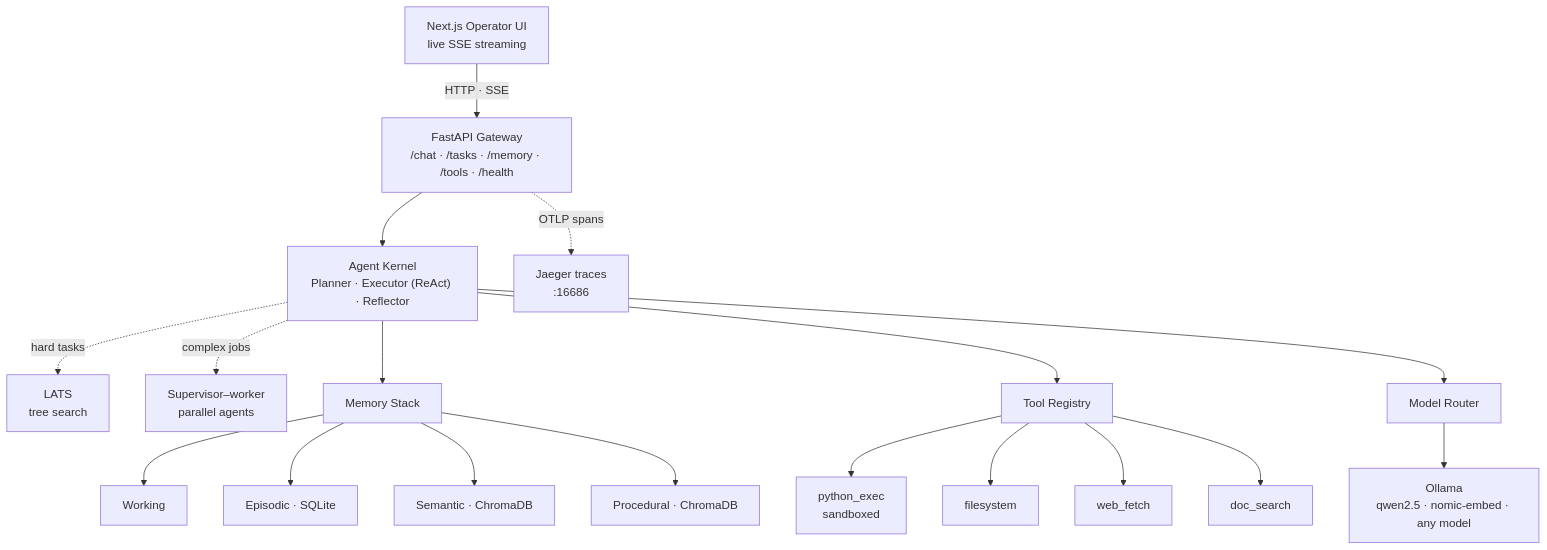
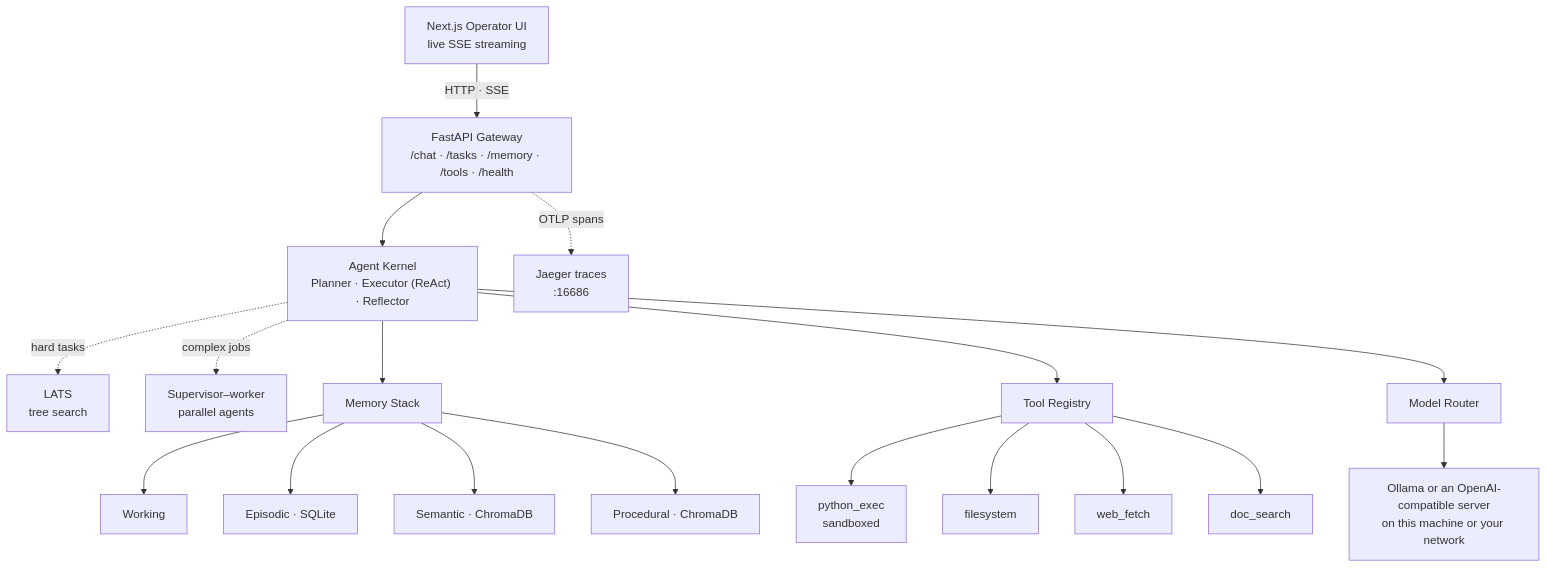
One commit to roydonsequeira/CORTEX-Private-Intelligence-Framework changed the first of 2 diagrams in README.md. Above: the diagram before and after it, drawn with Mermaid. The commit also changed other lines of this file and 32 other files, not shown here.

First line of the commit message:
feat(models): LM Studio, llama.cpp and vLLM; refuse public model servers

````diff
--- a/README.md
+++ b/README.md
@@ -41,24 +41,24 @@
 ```mermaid
 flowchart TB
     UI["Next.js Operator UI<br/>live SSE streaming"] -->|HTTP · SSE| API["FastAPI Gateway<br/>/chat · /tasks · /memory · /tools · /health"]
     API --> Kernel["Agent Kernel<br/>Planner · Executor (ReAct) · Reflector"]
     Kernel -. hard tasks .-> LATS["LATS<br/>tree search"]
     Kernel -. complex jobs .-> SUP["Supervisor–worker<br/>parallel agents"]
 
     Kernel --> Mem["Memory Stack"]
     Kernel --> Tools["Tool Registry"]
     Kernel --> Router["Model Router"]
 
     Mem --> Working["Working"]
     Mem --> Episodic["Episodic · SQLite"]
     Mem --> Semantic["Semantic · ChromaDB"]
     Mem --> Procedural["Procedural · ChromaDB"]
 
     Tools --> PyExec["python_exec<br/>sandboxed"]
     Tools --> FS["filesystem"]
     Tools --> Web["web_fetch"]
     Tools --> Doc["doc_search"]
 
-    Router --> Ollama["Ollama<br/>qwen2.5 · nomic-embed · any model"]
+    Router --> Models["Ollama or an OpenAI-compatible server<br/>on this machine or your network"]
     API -. OTLP spans .-> Jaeger["Jaeger traces<br/>:16686"]
 ```
````
